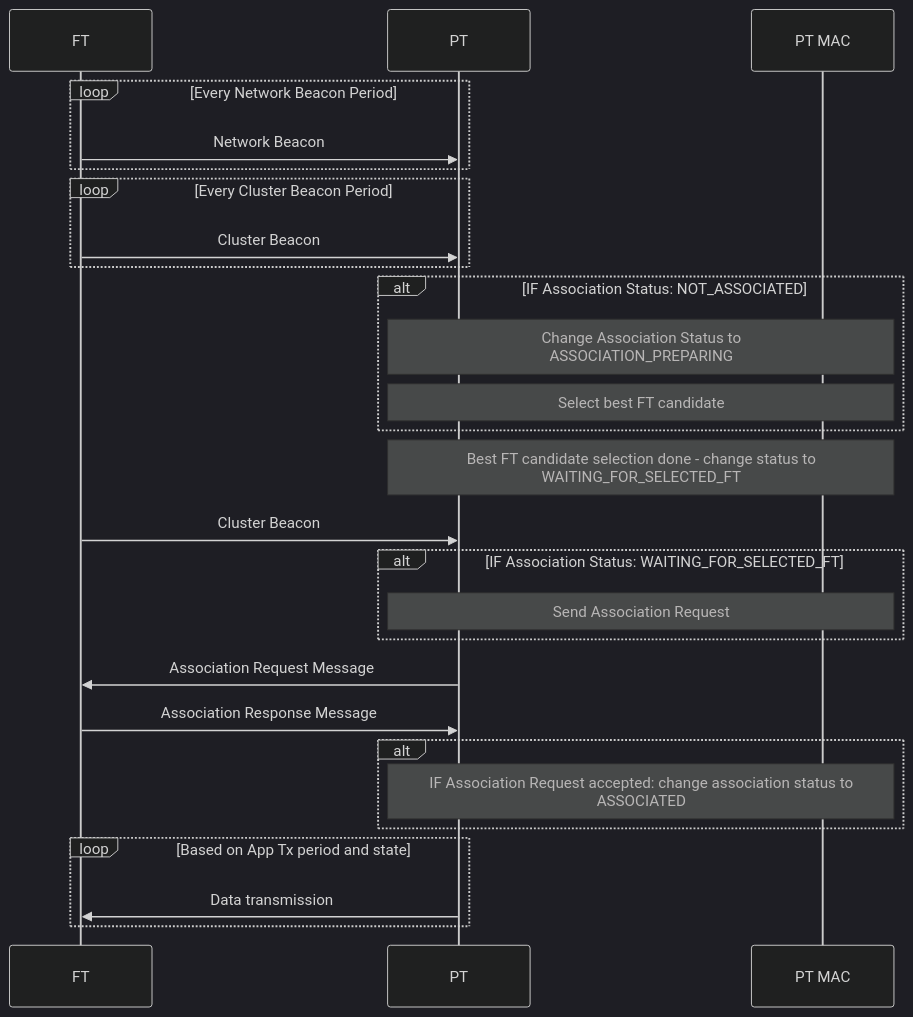
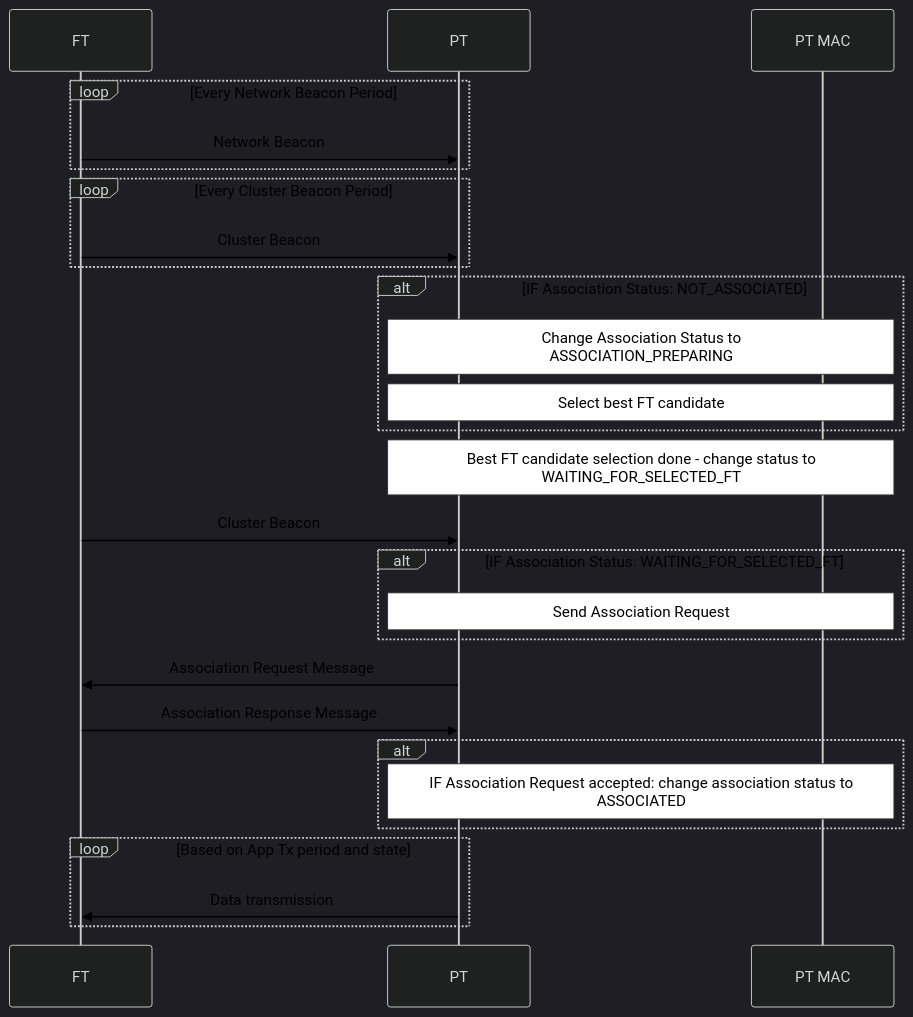
Before and after one commit to Opener-Initiative/dect-nr-ext: the second of 3 diagrams in DECT NR+ - Obsidian/DECT NR+.md, drawn with Mermaid. The commit also changed other lines of this file and 3 other files, not shown here.

````diff
--- a/DECT NR+ - Obsidian/DECT NR+.md
+++ b/DECT NR+ - Obsidian/DECT NR+.md
@@ -59,45 +73,52 @@
 ```mermaid
 ---
 config:
   theme: dark
   look: classic
   sequence:
     actorMargin: 150
+  themeVariables:
+    primaryTextColor: "#ffffff"
+    noteBkgColor: "#ffffff"
+    noteTextColor: "#000000"
+    signalColor: "#000000"
+    signalTextColor: "#000000"
+    loopTextColor: "#000000"
 ---
 sequenceDiagram
 participant FT
 participant PT
 participant PT_MAC as PT MAC
 
 loop Every Network Beacon Period
   FT ->> PT: Network Beacon
 end
 
 loop Every Cluster Beacon Period
   FT ->> PT: Cluster Beacon
 end
 
 alt IF Association Status: NOT_ASSOCIATED
   Note over PT, PT_MAC: Change Association Status to <br> ASSOCIATION_PREPARING
   Note over PT, PT_MAC: Select best FT candidate
 end
 
 Note over PT, PT_MAC: Best FT candidate selection done - change status to <br> WAITING_FOR_SELECTED_FT
 
 FT ->> PT: Cluster Beacon
 
 alt IF Association Status: WAITING_FOR_SELECTED_FT
   Note over PT, PT_MAC: Send Association Request 
 end
 
 PT ->> FT: Association Request Message
 FT ->> PT: Association Response Message
 
 alt
   Note over PT, PT_MAC: IF Association Request accepted: change association status to <br> ASSOCIATED
 end
 
 loop Based on App Tx period and state
  PT ->> FT: Data transmission
 end
 ```
````
